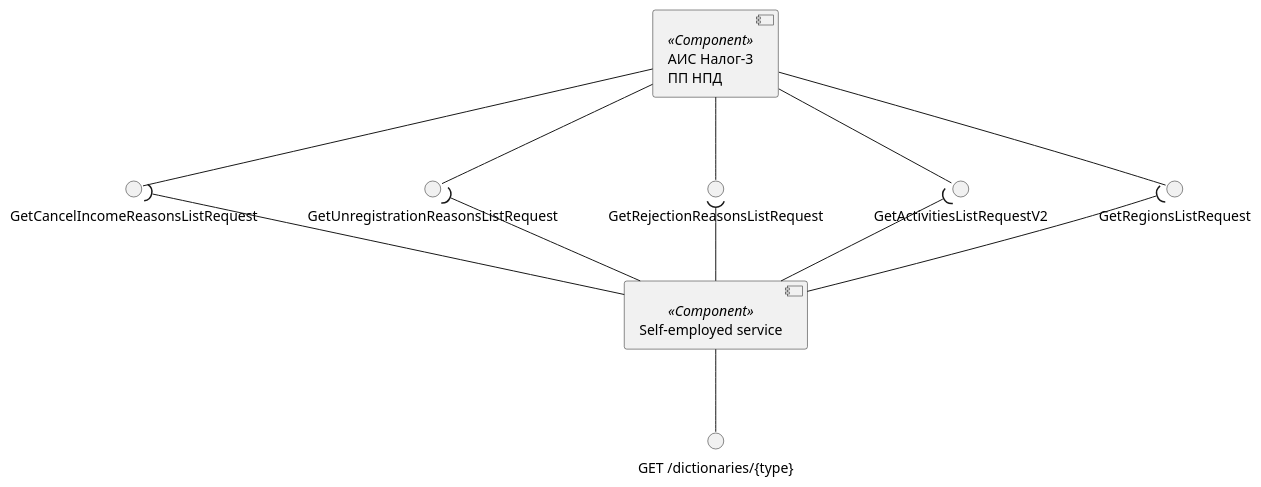
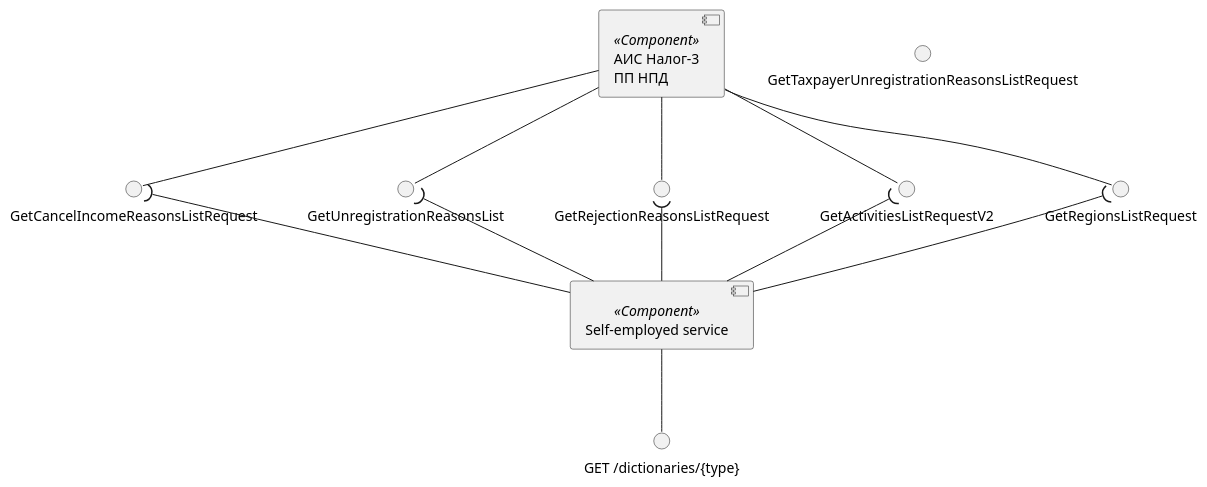
The seventh of 7 diagrams in diagrams/self-employed-service/components.puml (RaikBitters/ibank-internal-services), drawn with PlantUML before and after one commit. The commit also changed other lines of this file and 1 other file, not shown here.

Commit message:
Patch diagrams

```diff
--- a/diagrams/self-employed-service/components.puml
+++ b/diagrams/self-employed-service/components.puml
@@ -172,28 +194,28 @@
 @startuml dictionaries-components
 
 component "АИС Налог-3\nПП НПД" as Tax3 <<Component>>\
 
 interface "GetRegionsListRequest" as GetRegionsList
 interface "GetActivitiesListRequestV2" as GetActivitiesList
 interface "GetRejectionReasonsListRequest" as GetRejectionReasonsList
-interface "GetUnregistrationReasonsListRequest" as GetUnregistrationReasonsList
+interface "GetTaxpayerUnregistrationReasonsListRequest" as GetTaxpayerUnregistrationReasonsList
 interface "GetCancelIncomeReasonsListRequest" as GetCancelIncomeReasonsList
 
 Tax3 --() GetRegionsList
 Tax3 --() GetActivitiesList
 Tax3 --() GetRejectionReasonsList
 Tax3 --() GetUnregistrationReasonsList
 Tax3 --() GetCancelIncomeReasonsList
 
 component "Self-employed service" as SelfEmplService <<Component>>
 interface "GET /dictionaries/{type}" as getDictionary
 
 SelfEmplService --() getDictionary
 
 SelfEmplService -up-( GetRegionsList
 SelfEmplService -up-( GetActivitiesList
 SelfEmplService -up-( GetRejectionReasonsList
 SelfEmplService -up-( GetUnregistrationReasonsList
 SelfEmplService -up-( GetCancelIncomeReasonsList
 
 @enduml
```
